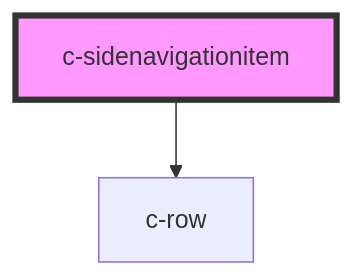
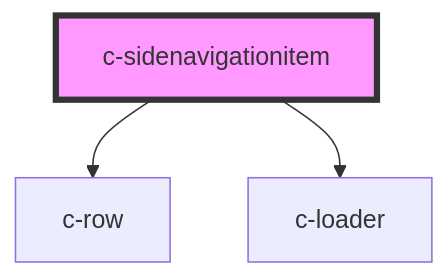
Before and after one commit to hannyle/csc-ui: the diagram in src/components/c-sidenavigationitem/readme.md, drawn with Mermaid. The commit also changed other lines of this file and 10 other files, not shown here.

````diff
--- a/src/components/c-sidenavigationitem/readme.md
+++ b/src/components/c-sidenavigationitem/readme.md
@@ -30,5 +32,6 @@
 ```mermaid
 graph TD;
   c-sidenavigationitem --> c-row
+  c-sidenavigationitem --> c-loader
   style c-sidenavigationitem fill:#f9f,stroke:#333,stroke-width:4px
 ```
````
